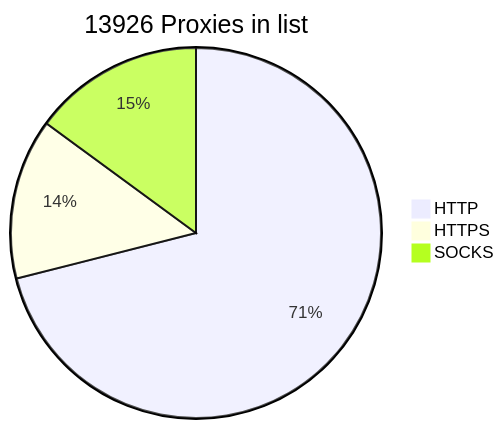
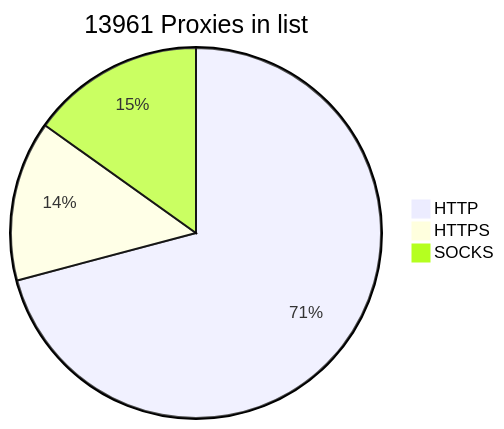
Before and after one commit to BlackSnowDot/proxylist-update-every-minute: the diagram in README.md, drawn with Mermaid. The commit also changed other lines of this file, not shown here.

````diff
--- a/README.md
+++ b/README.md
@@ -2,6 +2,6 @@
 ```mermaid
-pie title 13926 Proxies in list
+pie title 13961 Proxies in list
     "HTTP" : 10380
     "HTTPS": 2050
-    "SOCKS" : 2182
+    "SOCKS" : 2217
 ```
````
